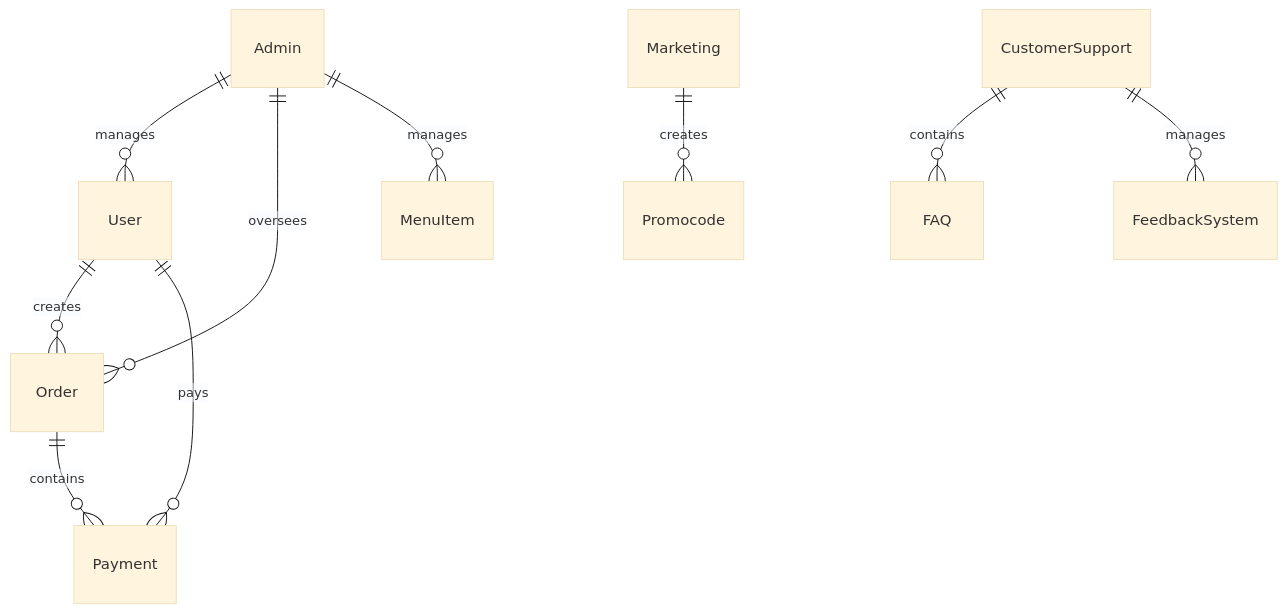
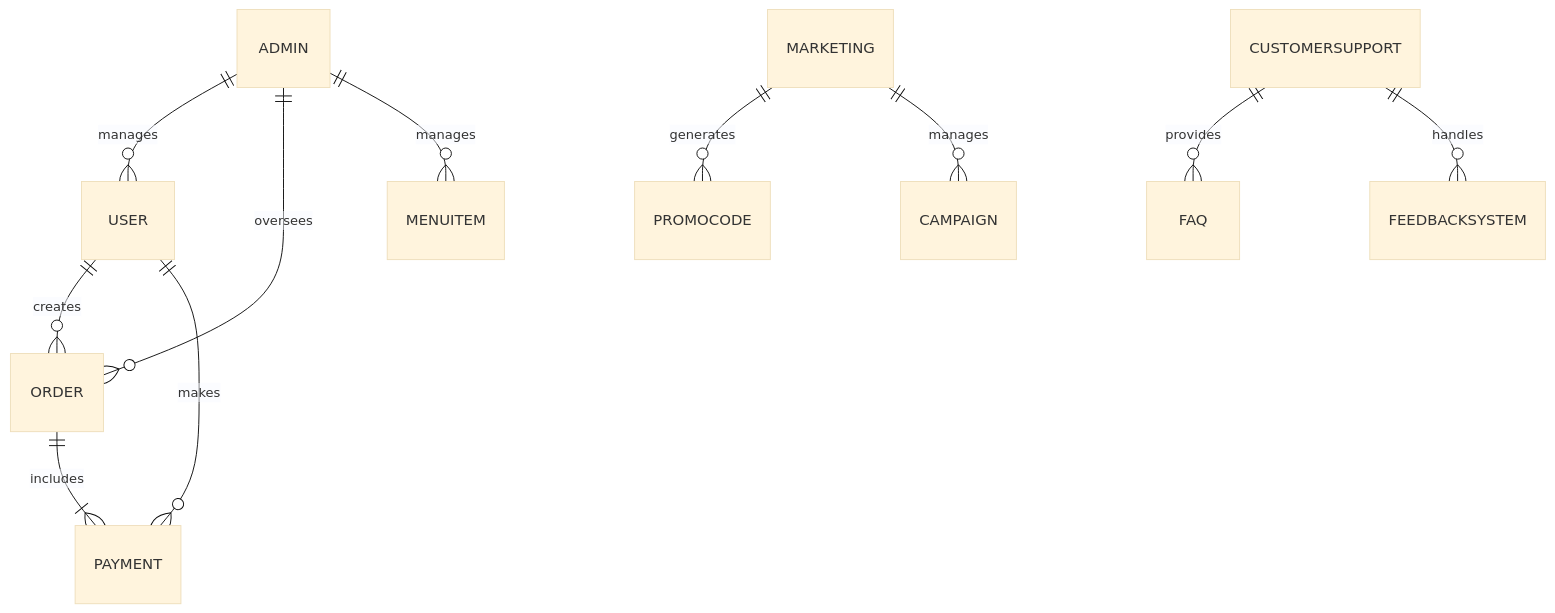
Before and after one commit to DenisKarimov8/Karimov-IS-31-Works: the third of 3 diagrams in README.md, drawn with Mermaid (base theme). The commit also changed other lines of this file, not shown here.

````diff
--- a/README.md
+++ b/README.md
@@ -244,13 +209,13 @@
 ```mermaid
 erDiagram
-    User ||--o{ Order : creates
-    User ||--o{ Payment : pays
-    Order ||--o{ Payment : contains
-    Admin ||--o{ User : manages
-    Admin ||--o{ Order : oversees
-    Admin ||--o{ MenuItem : manages
-    Marketing ||--o{ Promocode : creates
-    CustomerSupport ||--o{ FAQ : contains
-    CustomerSupport ||--o{ FeedbackSystem : manages
-
+    USER ||--o{ ORDER : creates
+    USER ||--o{ PAYMENT : makes
+    ORDER ||--|{ PAYMENT : includes
+    ADMIN ||--o{ USER : manages
+    ADMIN ||--o{ ORDER : oversees
+    ADMIN ||--o{ MENUITEM : manages
+    MARKETING ||--o{ PROMOCODE : generates
+    MARKETING ||--o{ CAMPAIGN : manages
+    CUSTOMERSUPPORT ||--o{ FAQ : provides
+    CUSTOMERSUPPORT ||--o{ FEEDBACKSYSTEM : handles
 ```
````
